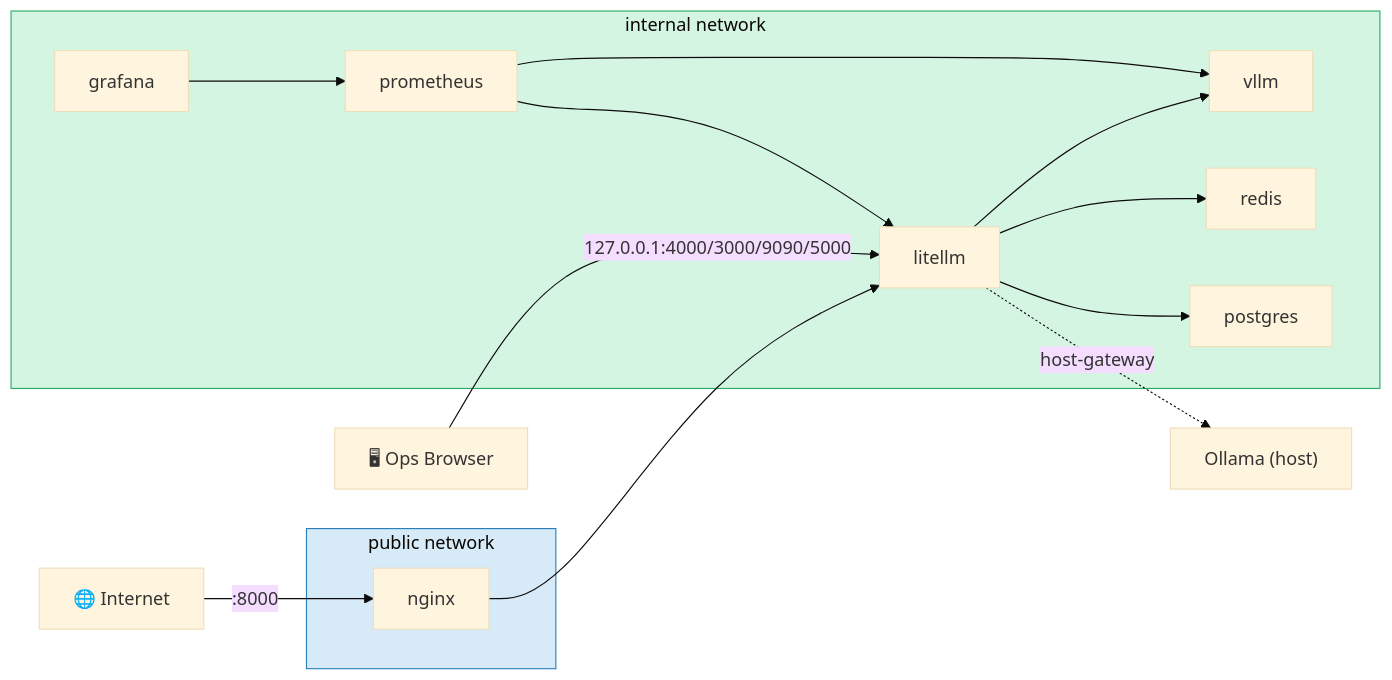
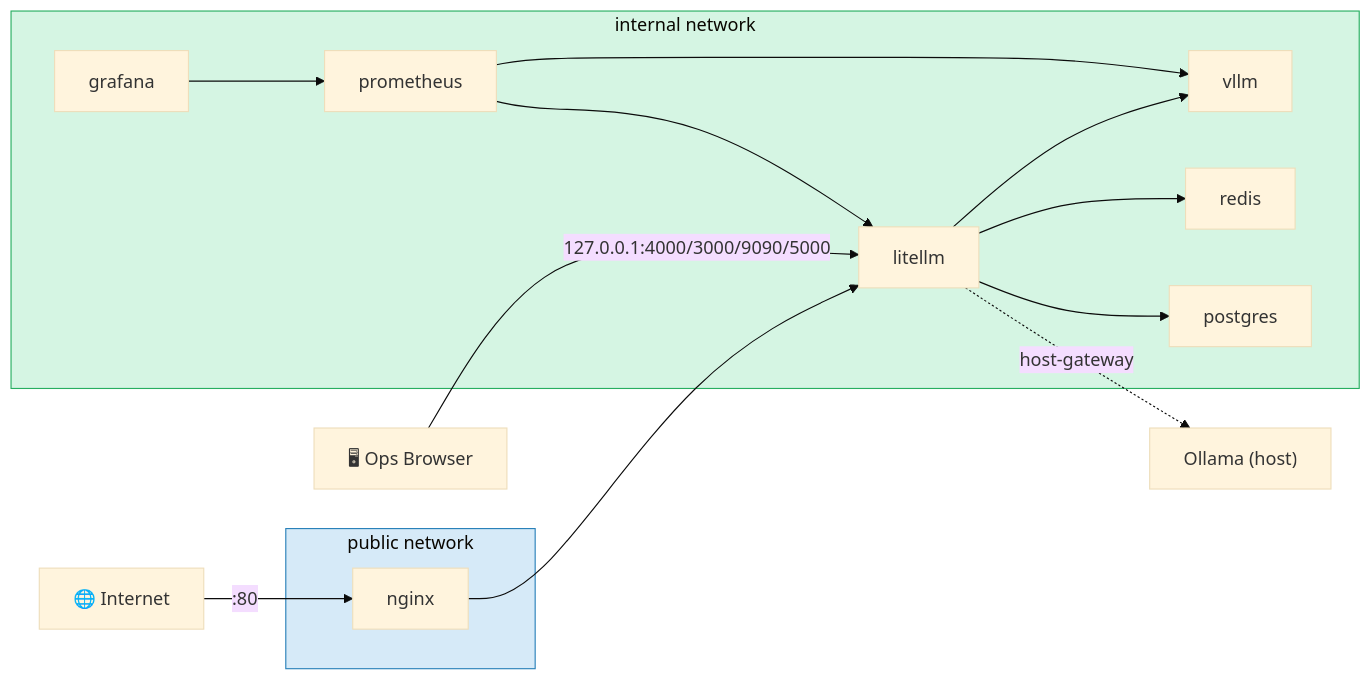
One commit to ayushsoni1010/vllmops changed the fifth of 5 diagrams in ARCHITECTURE.md. Above: the diagram before and after it, drawn with Mermaid (base theme). The commit also changed other lines of this file and 6 other files, not shown here.

````diff
--- a/ARCHITECTURE.md
+++ b/ARCHITECTURE.md
@@ -146,25 +146,25 @@
 ```mermaid
 graph LR
-    internet["🌐 Internet"] -->|":8000"| nginx
+    internet["🌐 Internet"] -->|":80"| nginx
 
     subgraph pub["public network"]
         nginx
     end
 
     subgraph int["internal network"]
         nginx --> litellm
         litellm --> vllm
         litellm --> redis
         litellm --> postgres
         prometheus --> vllm
         prometheus --> litellm
         grafana --> prometheus
     end
 
     litellm -.->|"host-gateway"| ollama["Ollama (host)"]
 
     browser["🖥 Ops Browser"] -->|"127.0.0.1:4000/3000/9090/5000"| litellm
 
     style pub fill:#d6eaf8,stroke:#2980b9
     style int fill:#d5f5e3,stroke:#27ae60
 ```
````
